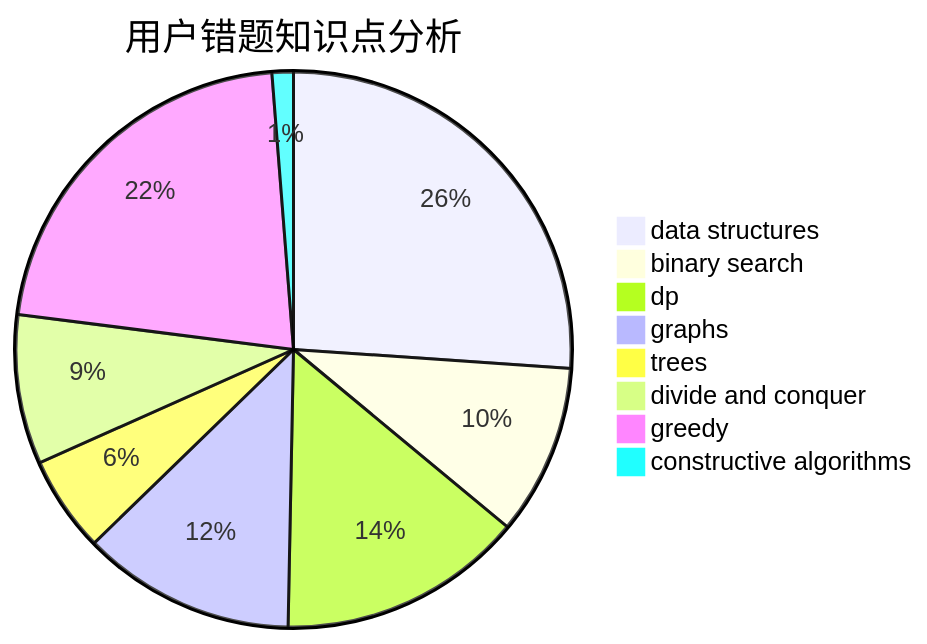
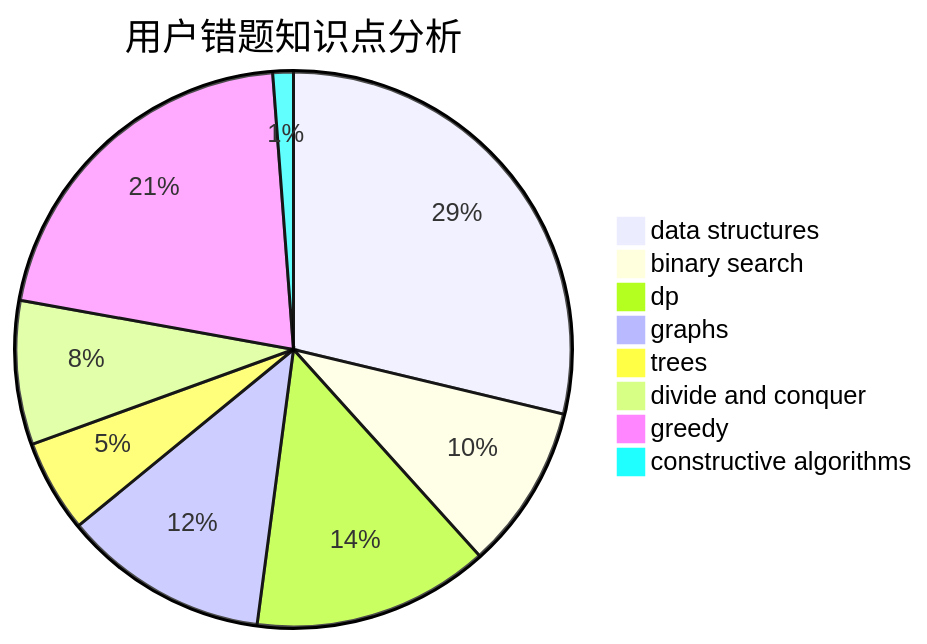
The third of 3 diagrams in docs/user/u2184.md (sherpahu/cfrs.github.io), drawn with Mermaid before and after one commit. The commit also changed other lines of this file and 2770 other files, not shown here.

````diff
--- a/docs/user/u2184.md
+++ b/docs/user/u2184.md
@@ -36,11 +36,11 @@
 ```mermaid
 pie title 用户错题知识点分析
-    "data structures" :  42
+    "data structures" :  48
     "binary search" :  16
     "dp" :  23
     "graphs" :  20
     "trees" :  9
     "divide and conquer" :  14
     "greedy" :  35
     "constructive algorithms" :  2
 ```
````
